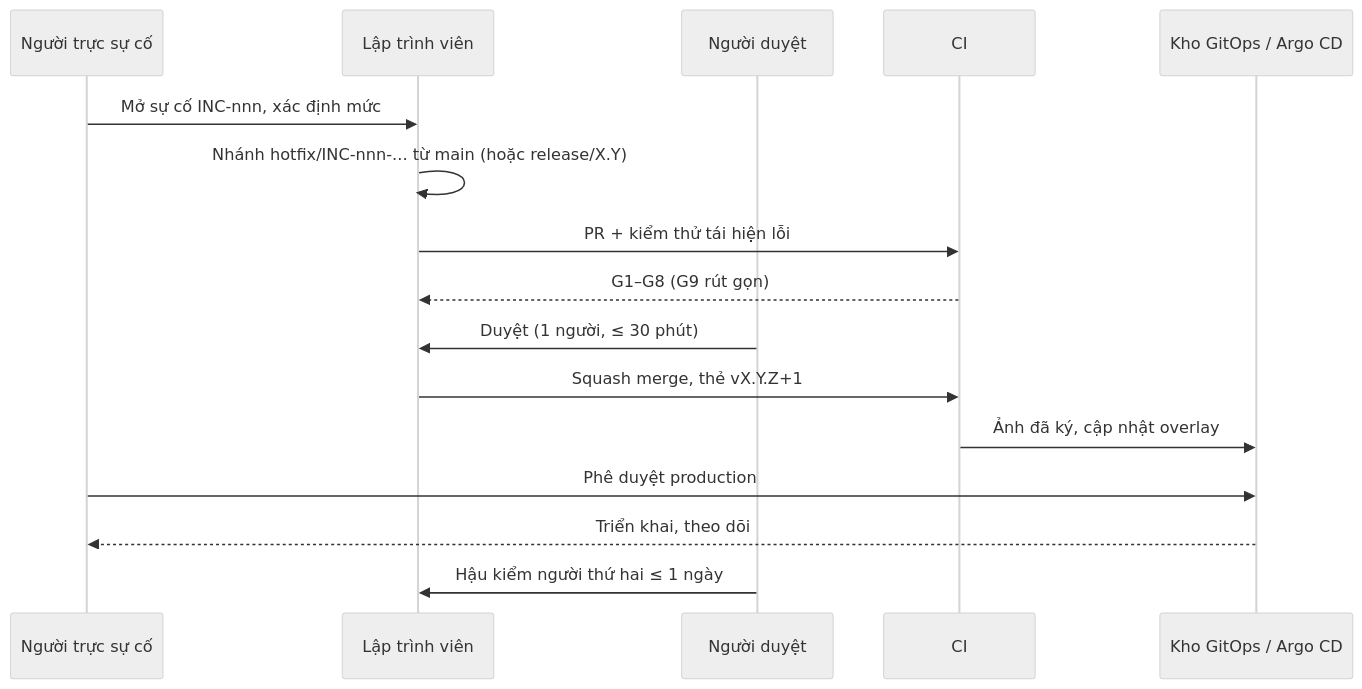
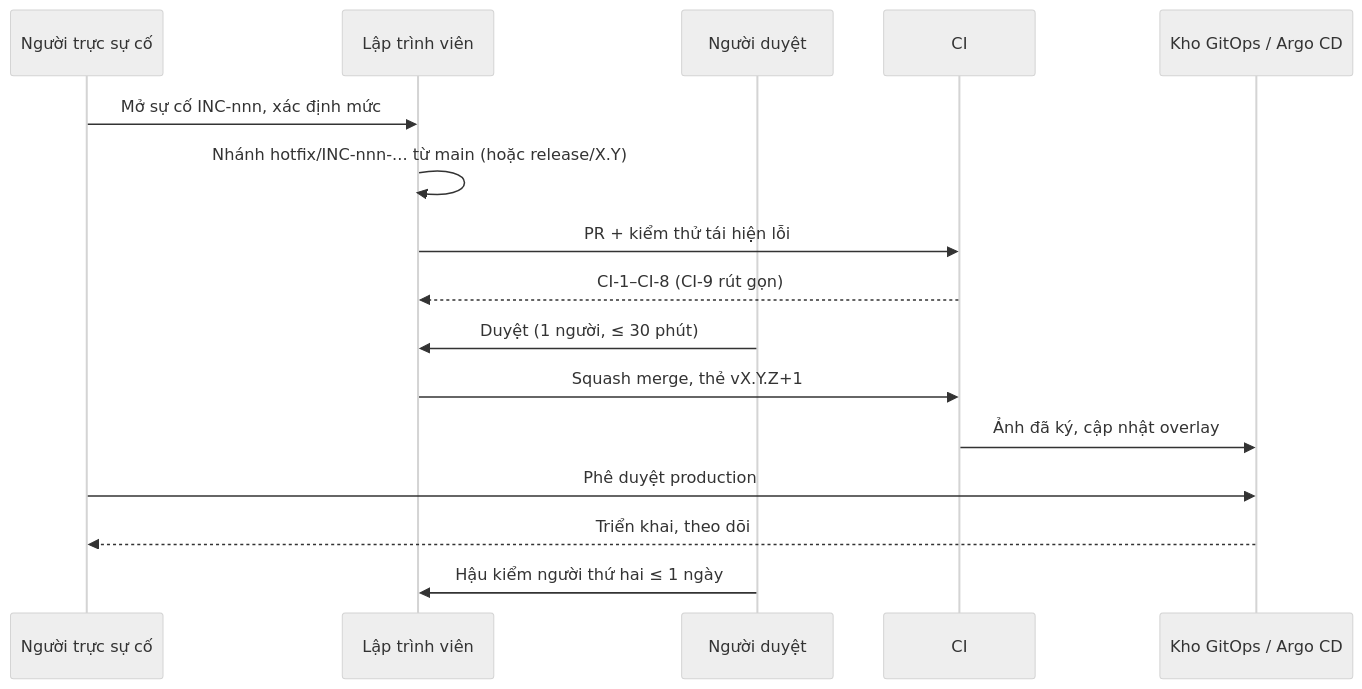
One commit to caprocute/DATAHUB changed the third of 4 diagrams in datahub-docs/04-lap-trinh/D04-02-quy-trinh-ky-thuat.md. Above: the diagram before and after it, drawn with Mermaid (neutral theme). The commit also changed other lines of this file and 2 other files, not shown here.

````diff
--- a/datahub-docs/04-lap-trinh/D04-02-quy-trinh-ky-thuat.md
+++ b/datahub-docs/04-lap-trinh/D04-02-quy-trinh-ky-thuat.md
@@ -418,18 +418,18 @@
 ```mermaid
 sequenceDiagram
   participant OC as Người trực sự cố
   participant DEV as Lập trình viên
   participant RV as Người duyệt
   participant CI as CI
   participant GO as Kho GitOps / Argo CD
   OC->>DEV: Mở sự cố INC-nnn, xác định mức
   DEV->>DEV: Nhánh hotfix/INC-nnn-... từ main (hoặc release/X.Y)
   DEV->>CI: PR + kiểm thử tái hiện lỗi
-  CI-->>DEV: G1–G8 (G9 rút gọn)
+  CI-->>DEV: CI-1–CI-8 (CI-9 rút gọn)
   RV->>DEV: Duyệt (1 người, ≤ 30 phút)
   DEV->>CI: Squash merge, thẻ vX.Y.Z+1
   CI->>GO: Ảnh đã ký, cập nhật overlay
   OC->>GO: Phê duyệt production
   GO-->>OC: Triển khai, theo dõi
   RV->>DEV: Hậu kiểm người thứ hai ≤ 1 ngày
 ```
````
